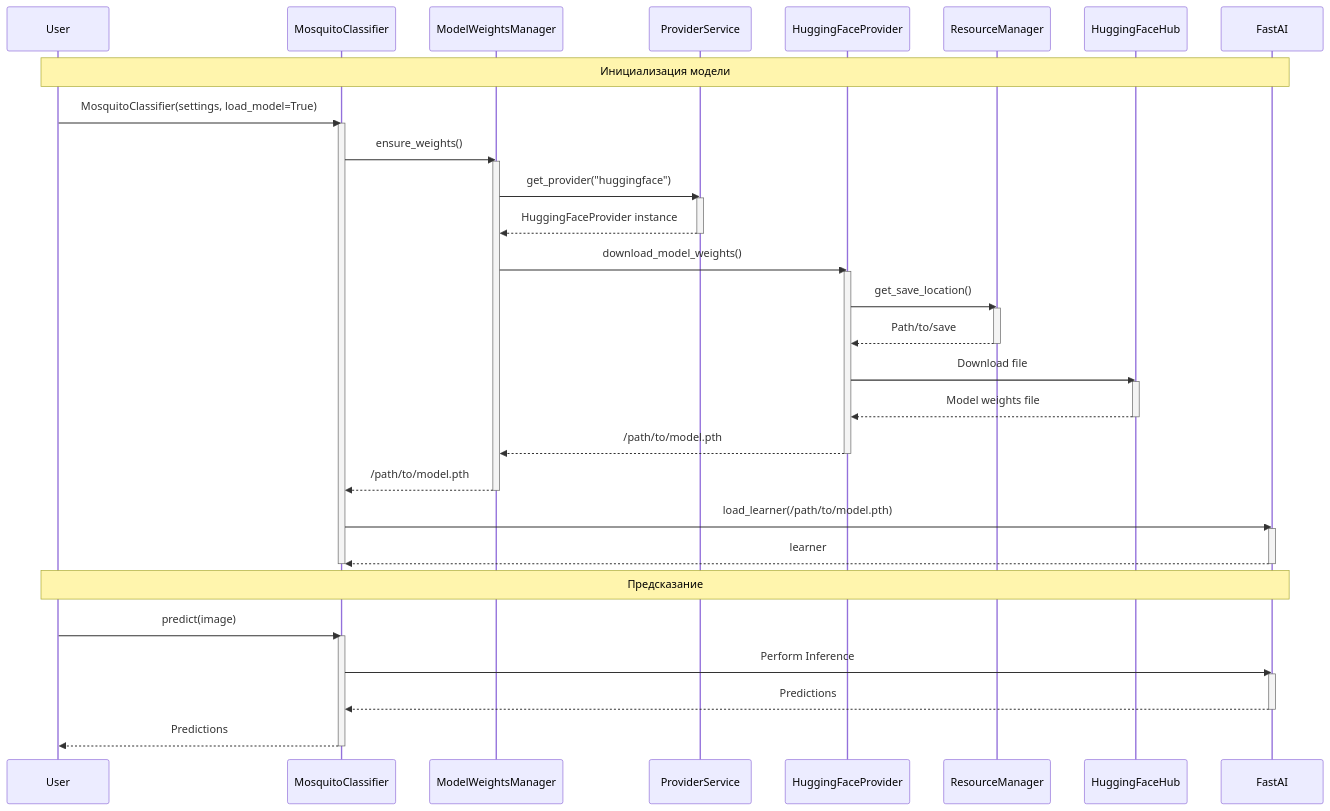
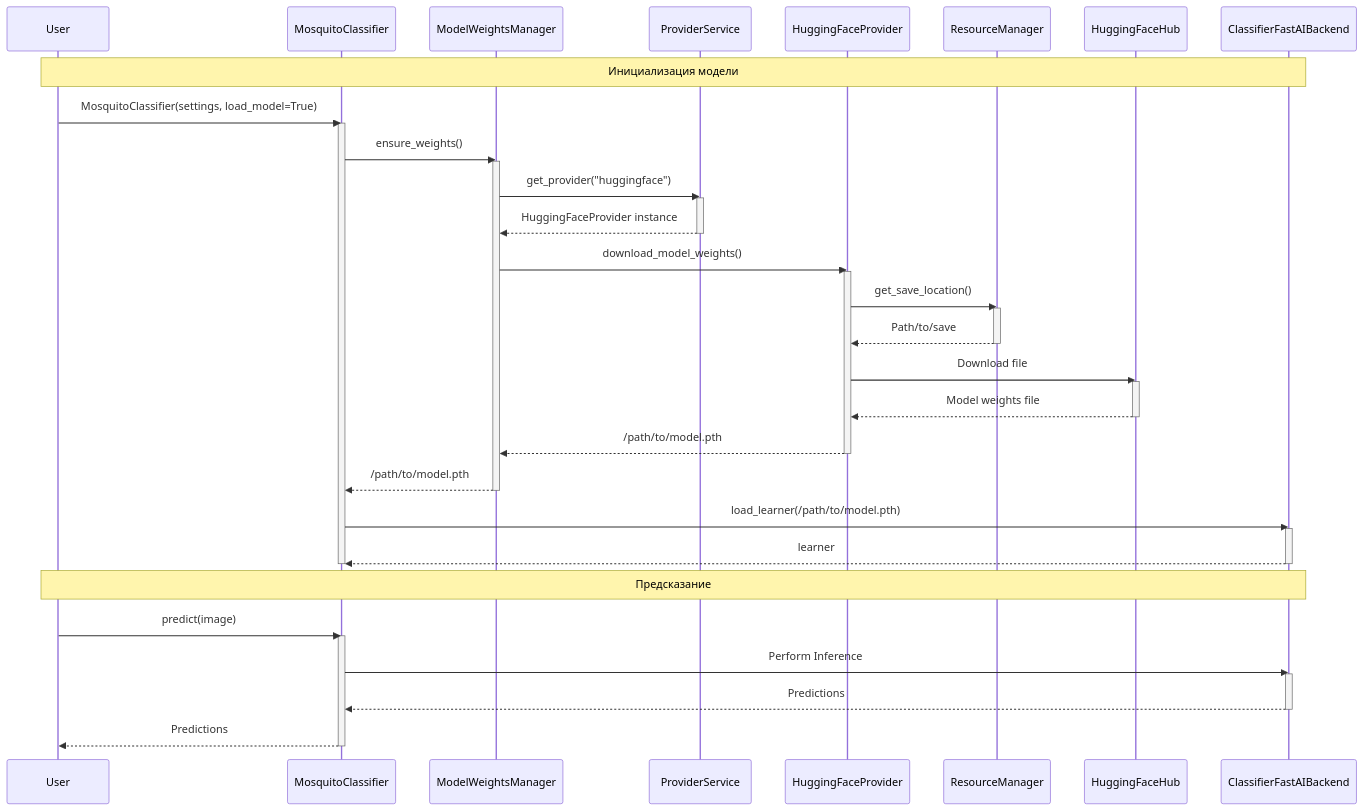
The second of 2 diagrams in docs/ru/dev_docs/architecture.md (iloncka-ds/culicidaelab), drawn with Mermaid before and after one commit. The commit also changed 3 other files, not shown here.

Commit message:
docs: add changes to docs - updated sequence diagram, added serve api

````diff
--- a/docs/ru/dev_docs/architecture.md
+++ b/docs/ru/dev_docs/architecture.md
@@ -235,55 +235,55 @@
 ```mermaid
 sequenceDiagram
     participant User
     participant MosquitoClassifier
     participant ModelWeightsManager
     participant ProviderService
     participant HuggingFaceProvider
     participant ResourceManager
     participant HuggingFaceHub
-    participant FastAI
+    participant ClassifierFastAIBackend
 
-	Note over User, FastAI: Инициализация модели
+	Note over User, ClassifierFastAIBackend: Инициализация модели
 
     User->>MosquitoClassifier: MosquitoClassifier(settings, load_model=True)
     activate MosquitoClassifier
     MosquitoClassifier->>ModelWeightsManager: ensure_weights()
     activate ModelWeightsManager
 
     ModelWeightsManager->>ProviderService: get_provider("huggingface")
     activate ProviderService
     ProviderService-->>ModelWeightsManager: HuggingFaceProvider instance
     deactivate ProviderService
 
     ModelWeightsManager->>HuggingFaceProvider: download_model_weights()
     activate HuggingFaceProvider
     HuggingFaceProvider->>ResourceManager: get_save_location()
     activate ResourceManager
     ResourceManager-->>HuggingFaceProvider: Path/to/save
     deactivate ResourceManager
     HuggingFaceProvider->>HuggingFaceHub: Download file
     activate HuggingFaceHub
     HuggingFaceHub-->>HuggingFaceProvider: Model weights file
     deactivate HuggingFaceHub
     HuggingFaceProvider-->>ModelWeightsManager: /path/to/model.pth
     deactivate HuggingFaceProvider
     ModelWeightsManager-->>MosquitoClassifier: /path/to/model.pth
     deactivate ModelWeightsManager
-    MosquitoClassifier->>FastAI: load_learner(/path/to/model.pth)
-    activate FastAI
-    FastAI-->>MosquitoClassifier: learner
-    deactivate FastAI
+    MosquitoClassifier->>ClassifierFastAIBackend: load_learner(/path/to/model.pth)
+    activate ClassifierFastAIBackend
+    ClassifierFastAIBackend-->>MosquitoClassifier: learner
+    deactivate ClassifierFastAIBackend
     deactivate MosquitoClassifier
 
-    Note over User, FastAI: Предсказание
+    Note over User, ClassifierFastAIBackend: Предсказание
 
     User->>MosquitoClassifier: predict(image)
     activate MosquitoClassifier
-    MosquitoClassifier->>FastAI: Perform Inference
-    activate FastAI
-    FastAI-->>MosquitoClassifier: Predictions
-    deactivate FastAI
+    MosquitoClassifier->>ClassifierFastAIBackend: Perform Inference
+    activate ClassifierFastAIBackend
+    ClassifierFastAIBackend-->>MosquitoClassifier: Predictions
+    deactivate ClassifierFastAIBackend
     MosquitoClassifier-->>User: Predictions
     deactivate MosquitoClassifier
 
 ```
````
